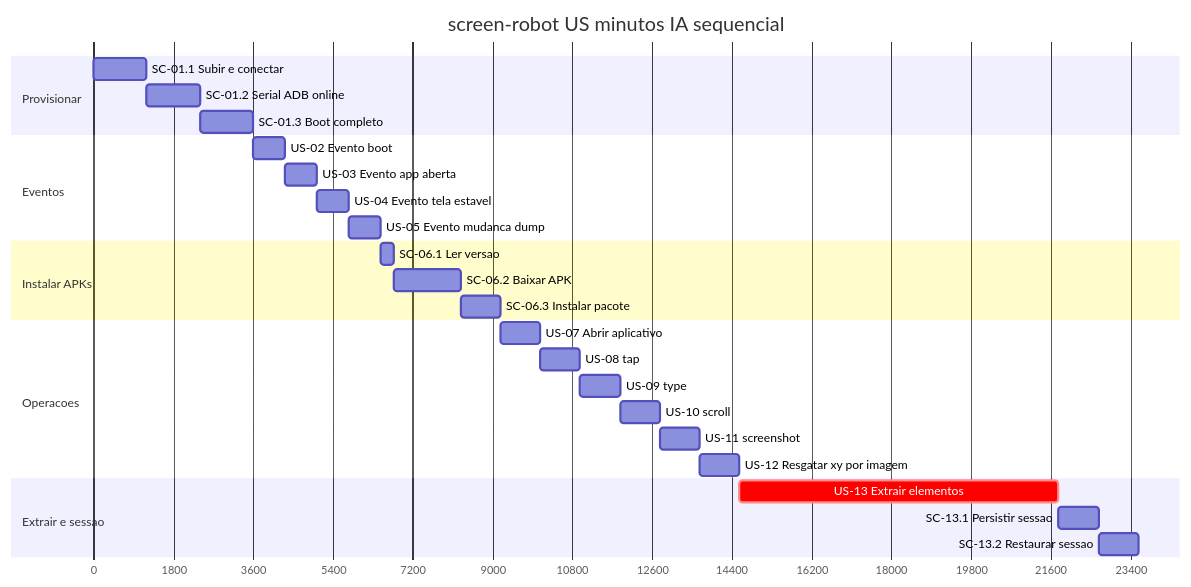
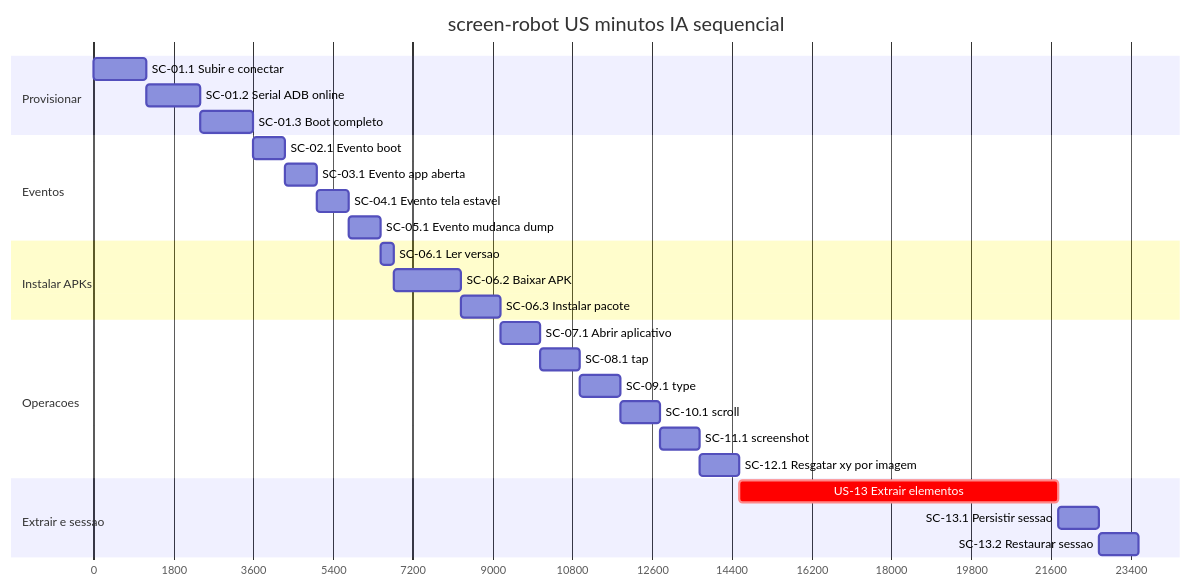
One commit to laerciogermano/workstation changed the diagram in connectmax/screen-robot/docs/tasks.md. Above: the diagram before and after it, drawn with Mermaid. The commit also changed other lines of this file and 1 other file, not shown here.

Commit message:
Usa IDs SC- em toda US do screen-robot e alinha árvore/Gantt às tabelas de cenário.

````diff
--- a/connectmax/screen-robot/docs/tasks.md
+++ b/connectmax/screen-robot/docs/tasks.md
@@ -44,35 +54,35 @@
 ```mermaid
 gantt
   title screen-robot US minutos IA sequencial
   dateFormat X
   axisFormat %s
 
   section Provisionar
   SC-01.1 Subir e conectar         :p1, 0, 20m
   SC-01.2 Serial ADB online        :p2, after p1, 20m
   SC-01.3 Boot completo            :p3, after p2, 20m
 
   section Eventos
-  US-02 Evento boot                :e1, after p3, 12m
-  US-03 Evento app aberta          :e2, after e1, 12m
-  US-04 Evento tela estavel        :e3, after e2, 12m
-  US-05 Evento mudanca dump        :e4, after e3, 12m
+  SC-02.1 Evento boot              :e1, after p3, 12m
+  SC-03.1 Evento app aberta        :e2, after e1, 12m
+  SC-04.1 Evento tela estavel      :e3, after e2, 12m
+  SC-05.1 Evento mudanca dump      :e4, after e3, 12m
 
   section Instalar APKs
   SC-06.1 Ler versao               :i1, after e4, 5m
   SC-06.2 Baixar APK               :i2, after i1, 25m
   SC-06.3 Instalar pacote          :i3, after i2, 15m
 
   section Operacoes
-  US-07 Abrir aplicativo           :o1, after i3, 15m
-  US-08 tap                        :o2, after o1, 15m
-  US-09 type                       :o3, after o2, 15m
-  US-10 scroll                     :o4, after o3, 15m
-  US-11 screenshot                 :o5, after o4, 15m
-  US-12 Resgatar xy por imagem     :o6, after o5, 15m
+  SC-07.1 Abrir aplicativo         :o1, after i3, 15m
+  SC-08.1 tap                      :o2, after o1, 15m
+  SC-09.1 type                     :o3, after o2, 15m
+  SC-10.1 scroll                   :o4, after o3, 15m
+  SC-11.1 screenshot               :o5, after o4, 15m
+  SC-12.1 Resgatar xy por imagem   :o6, after o5, 15m
 
   section Extrair e sessao
   US-13 Extrair elementos          :crit, x1, after o6, 120m
   SC-13.1 Persistir sessao         :s1, after x1, 15m
   SC-13.2 Restaurar sessao         :s2, after s1, 15m
 ```
````
